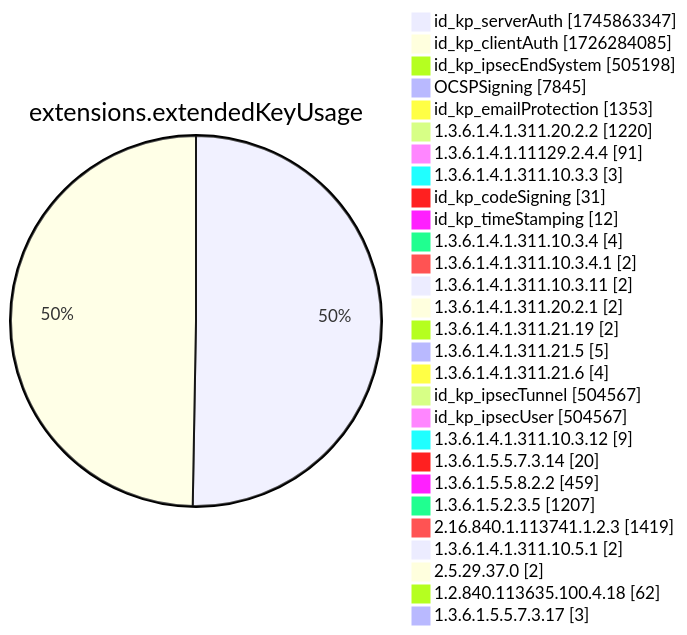
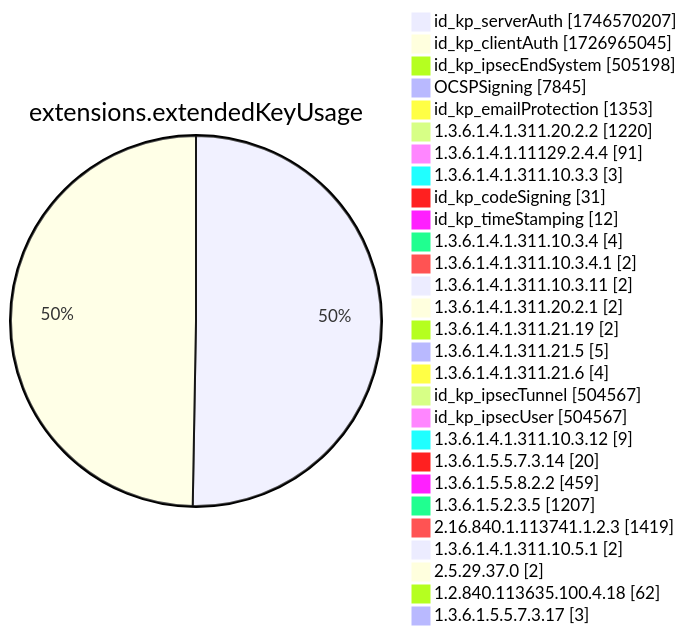
Before and after one commit to christiankrug/ctmonitor_visualization: diagram 12 of 15 in xenon2022/README.md, drawn with Mermaid. The commit also changed other lines of this file, not shown here.

````diff
--- a/xenon2022/README.md
+++ b/xenon2022/README.md
@@ -3892,32 +3892,32 @@
 ```mermaid
 pie showData
 title extensions.extendedKeyUsage
-"id_kp_serverAuth" :1745863347
-"id_kp_clientAuth" :1726284085
+"id_kp_serverAuth" :1746570207
+"id_kp_clientAuth" :1726965045
 "id_kp_ipsecEndSystem" :505198
 "OCSPSigning" :7845
 "id_kp_emailProtection" :1353
 "1.3.6.1.4.1.311.20.2.2" :1220
 "1.3.6.1.4.1.11129.2.4.4" :91
 "1.3.6.1.4.1.311.10.3.3" :3
 "id_kp_codeSigning" :31
 "id_kp_timeStamping" :12
 "1.3.6.1.4.1.311.10.3.4" :4
 "1.3.6.1.4.1.311.10.3.4.1" :2
 "1.3.6.1.4.1.311.10.3.11" :2
 "1.3.6.1.4.1.311.20.2.1" :2
 "1.3.6.1.4.1.311.21.19" :2
 "1.3.6.1.4.1.311.21.5" :5
 "1.3.6.1.4.1.311.21.6" :4
 "id_kp_ipsecTunnel" :504567
 "id_kp_ipsecUser" :504567
 "1.3.6.1.4.1.311.10.3.12" :9
 "1.3.6.1.5.5.7.3.14" :20
 "1.3.6.1.5.5.8.2.2" :459
 "1.3.6.1.5.2.3.5" :1207
 "2.16.840.1.113741.1.2.3" :1419
 "1.3.6.1.4.1.311.10.5.1" :2
 "2.5.29.37.0" :2
 "1.2.840.113635.100.4.18" :62
 "1.3.6.1.5.5.7.3.17" :3
 ```
````
